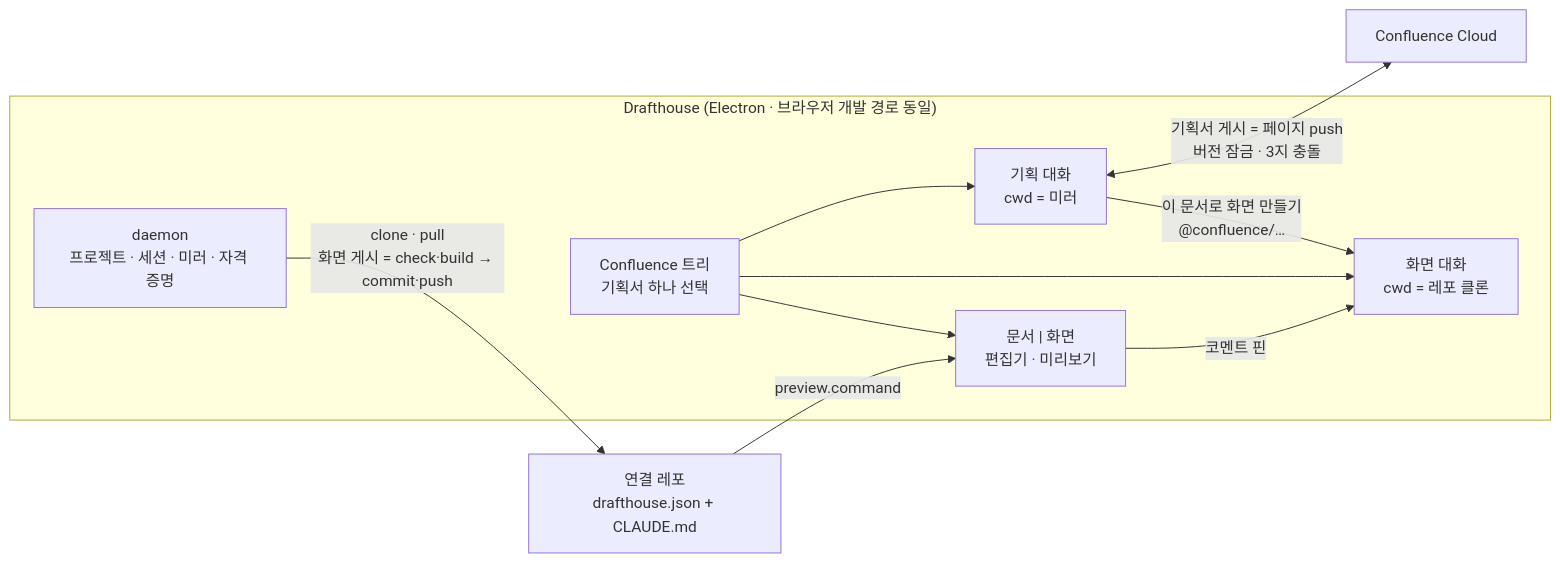
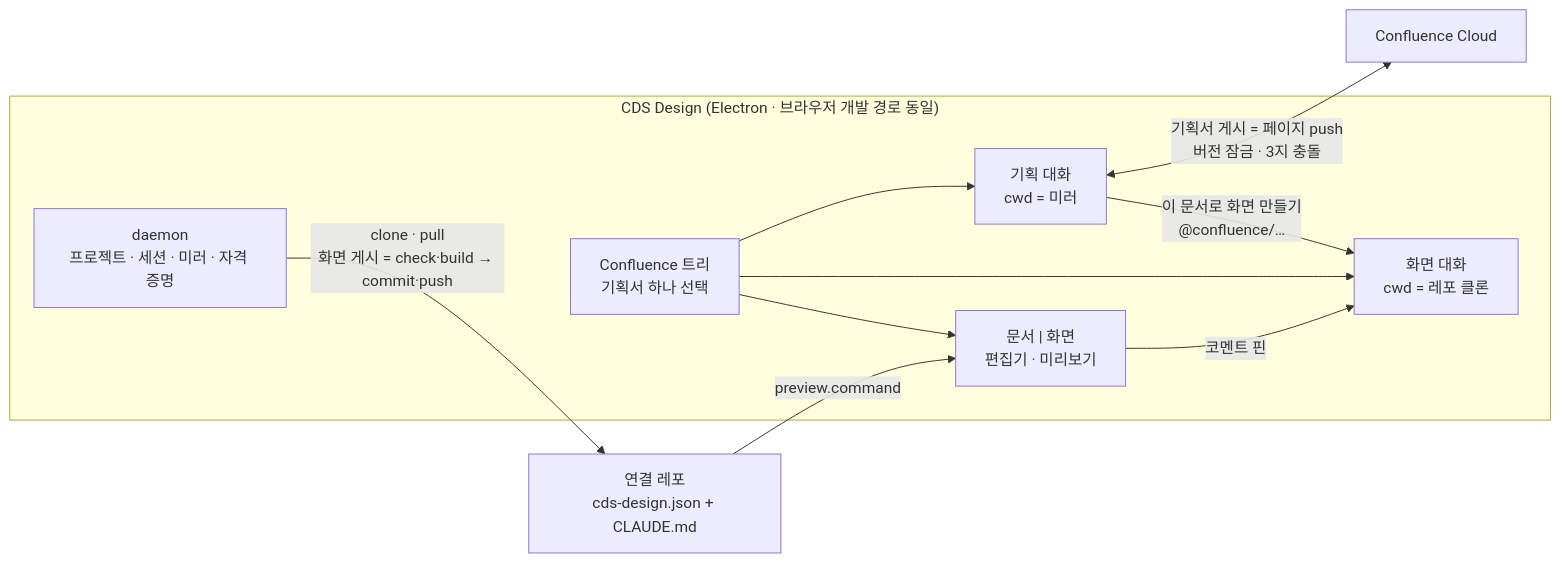
Before and after one commit to inkwonjung-colosseum/cds-design: the diagram in README.md, drawn with Mermaid. The commit also changed other lines of this file and 87 other files, not shown here.

First line of the commit message:
프로젝트명 변경: Drafthouse → CDS Design — cds-design / CDS_DESIGN / CdsDesign, 계약 파일 cds-design.json, 봉투 cds-design.*

````diff
--- a/README.md
+++ b/README.md
@@ -148,20 +148,20 @@
 ```mermaid
 flowchart LR
-    subgraph app["Drafthouse (Electron · 브라우저 개발 경로 동일)"]
+    subgraph app["CDS Design (Electron · 브라우저 개발 경로 동일)"]
         tree["Confluence 트리<br/>기획서 하나 선택"]
         plan["기획 대화<br/>cwd = 미러"]
         design["화면 대화<br/>cwd = 레포 클론"]
         seg["문서 | 화면<br/>편집기 · 미리보기"]
         daemon["daemon<br/>프로젝트 · 세션 · 미러 · 자격 증명"]
     end
-    repo["연결 레포<br/>drafthouse.json + CLAUDE.md"]
+    repo["연결 레포<br/>cds-design.json + CLAUDE.md"]
     conf["Confluence Cloud"]
     tree --> plan
     tree --> design
     tree --> seg
     plan <-->|"기획서 게시 = 페이지 push<br/>버전 잠금 · 3지 충돌"| conf
     plan -->|"이 문서로 화면 만들기<br/>@confluence/…"| design
     daemon -->|"clone · pull<br/>화면 게시 = check·build → commit·push"| repo
     repo -->|"preview.command"| seg
     seg -->|"코멘트 핀"| design
 ```
````
